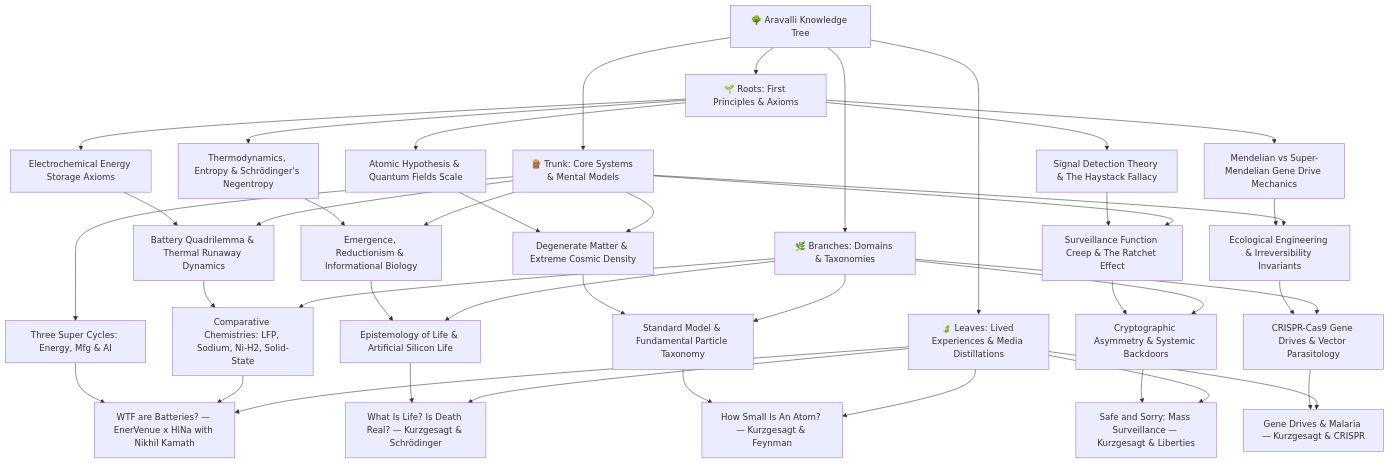
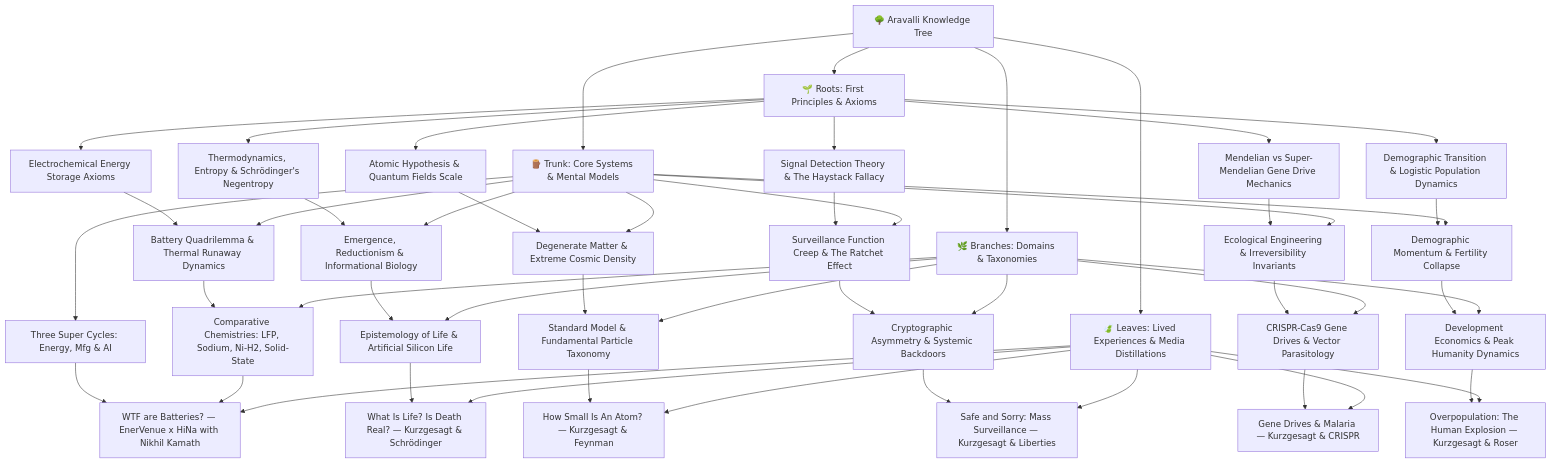
One commit to vs00918/aravalli changed the diagram in README.md. Above: the diagram before and after it, drawn with Mermaid. The commit also changed other lines of this file and 6 other files, not shown here.

Commit message:
Ingest Kurzgesagt Overpopulation & Demographic Transition: Add Logistic Growth, Demographic Momentum & Peak Humanity nodes

````diff
--- a/README.md
+++ b/README.md
@@ -7,54 +7,61 @@
 ```mermaid
 graph TD
     RootNode["🌳 Aravalli Knowledge Tree"] --> Roots["🌱 Roots: First Principles & Axioms"]
     RootNode --> Trunk["🪵 Trunk: Core Systems & Mental Models"]
     RootNode --> Branches["🌿 Branches: Domains & Taxonomies"]
     RootNode --> Leaves["🍃 Leaves: Lived Experiences & Media Distillations"]
 
     %% Roots
     Roots --> R1["Electrochemical Energy Storage Axioms"]
     Roots --> R2["Thermodynamics, Entropy & Schrödinger's Negentropy"]
     Roots --> R3["Atomic Hypothesis & Quantum Fields Scale"]
     Roots --> R4["Signal Detection Theory & The Haystack Fallacy"]
     Roots --> R5["Mendelian vs Super-Mendelian Gene Drive Mechanics"]
+    Roots --> R6["Demographic Transition & Logistic Population Dynamics"]
 
     %% Trunk
     Trunk --> T1["Battery Quadrilemma & Thermal Runaway Dynamics"]
     Trunk --> T2["Three Super Cycles: Energy, Mfg & AI"]
     Trunk --> T3["Emergence, Reductionism & Informational Biology"]
     Trunk --> T4["Degenerate Matter & Extreme Cosmic Density"]
     Trunk --> T5["Surveillance Function Creep & The Ratchet Effect"]
     Trunk --> T6["Ecological Engineering & Irreversibility Invariants"]
+    Trunk --> T7["Demographic Momentum & Fertility Collapse"]
 
     %% Branches
     Branches --> B1["Comparative Chemistries: LFP, Sodium, Ni-H2, Solid-State"]
     Branches --> B2["Epistemology of Life & Artificial Silicon Life"]
     Branches --> B3["Standard Model & Fundamental Particle Taxonomy"]
     Branches --> B4["Cryptographic Asymmetry & Systemic Backdoors"]
     Branches --> B5["CRISPR-Cas9 Gene Drives & Vector Parasitology"]
+    Branches --> B6["Development Economics & Peak Humanity Dynamics"]
 
     %% Leaves
     Leaves --> L1["WTF are Batteries? — EnerVenue x HiNa with Nikhil Kamath"]
     Leaves --> L2["What Is Life? Is Death Real? — Kurzgesagt & Schrödinger"]
     Leaves --> L3["How Small Is An Atom? — Kurzgesagt & Feynman"]
     Leaves --> L4["Safe and Sorry: Mass Surveillance — Kurzgesagt & Liberties"]
     Leaves --> L5["Gene Drives & Malaria — Kurzgesagt & CRISPR"]
+    Leaves --> L6["Overpopulation: The Human Explosion — Kurzgesagt & Roser"]
 
     %% Cross-Tier Connections
     R1 --> T1
     R2 --> T3
     R3 --> T4
     R4 --> T5
     R5 --> T6
+    R6 --> T7
     T1 --> B1
     T3 --> B2
     T4 --> B3
     T5 --> B4
     T6 --> B5
+    T7 --> B6
     B1 --> L1
     B2 --> L2
     B3 --> L3
     B4 --> L4
     B5 --> L5
+    B6 --> L6
     T2 --> L1
 ```
````
